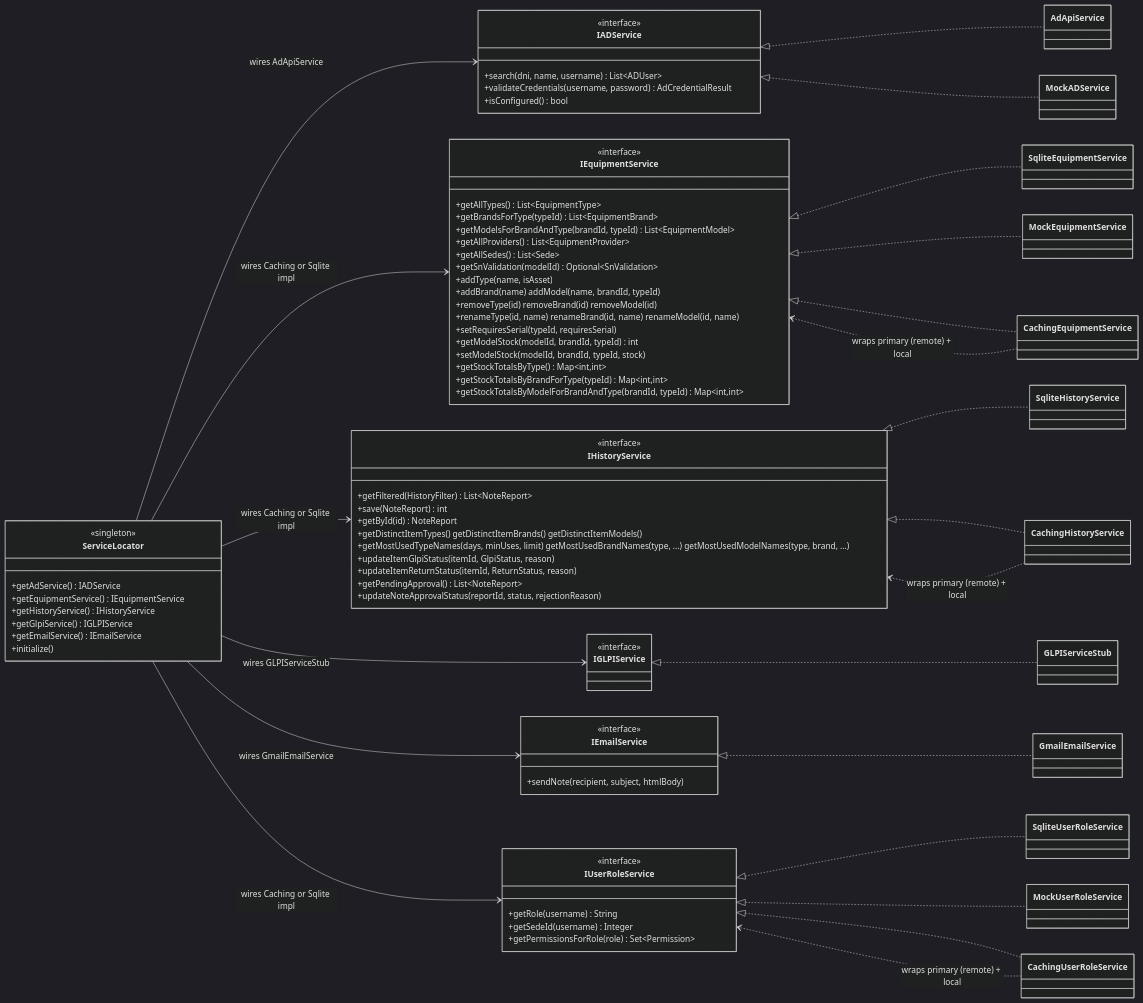
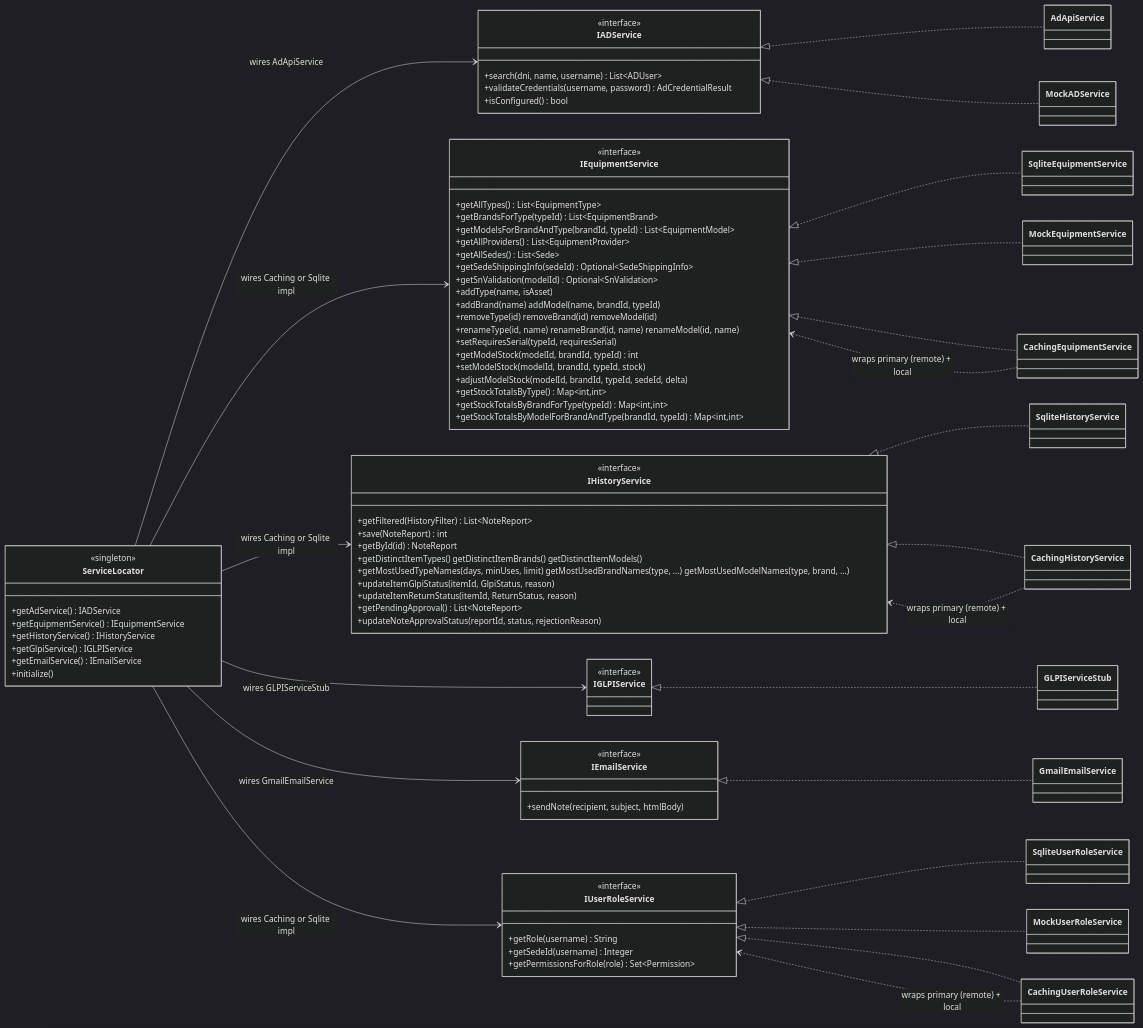
One commit to Bunshock/nexus-it changed the second of 3 diagrams in docs/architecture.md. Above: the diagram before and after it, drawn with Mermaid (dark theme). The commit also changed other lines of this file and 15 other files, not shown here.

```diff
--- a/docs/architecture.md
+++ b/docs/architecture.md
@@ -214,6 +214,7 @@
         +getModelsForBrandAndType(brandId, typeId) List~EquipmentModel~
         +getAllProviders() List~EquipmentProvider~
         +getAllSedes() List~Sede~
+        +getSedeShippingInfo(sedeId) Optional~SedeShippingInfo~
         +getSnValidation(modelId) Optional~SnValidation~
         +addType(name, isAsset)
         +addBrand(name) addModel(name, brandId, typeId)
@@ -222,6 +223,7 @@
         +setRequiresSerial(typeId, requiresSerial)
         +getModelStock(modelId, brandId, typeId) int
         +setModelStock(modelId, brandId, typeId, stock)
+        +adjustModelStock(modelId, brandId, typeId, sedeId, delta)
         +getStockTotalsByType() Map~int,int~
         +getStockTotalsByBrandForType(typeId) Map~int,int~
         +getStockTotalsByModelForBrandAndType(brandId, typeId) Map~int,int~
```
